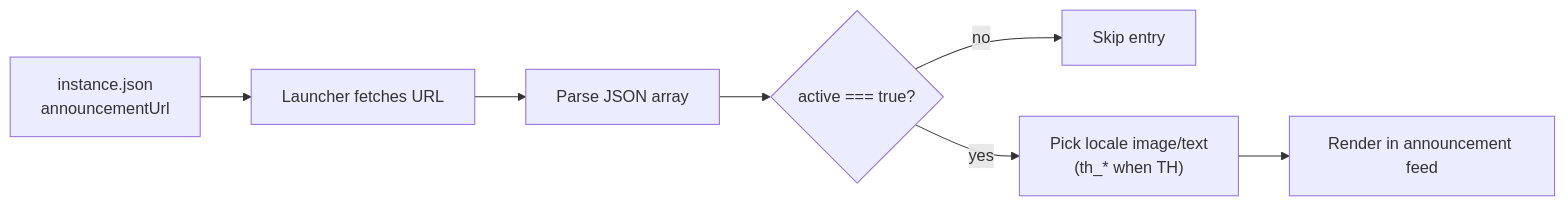
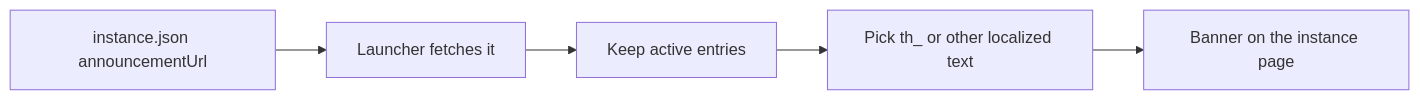
Before and after one commit to alice-magic/wiki: the diagram in en/neko-launcher/announcement-instance.md, drawn with Mermaid. The commit also changed other lines of this file and 43 other files, not shown here.

````diff
--- a/en/neko-launcher/announcement-instance.md
+++ b/en/neko-launcher/announcement-instance.md
@@ -13,9 +11,7 @@
 ```mermaid
 flowchart LR
-  A["instance.json<br/>announcementUrl"] --> B["Launcher fetches URL"]
-  B --> C["Parse JSON array"]
-  C --> D{"active === true?"}
-  D -- "no" --> E["Skip entry"]
-  D -- "yes" --> F["Pick locale image/text<br/>(th_* when TH)"]
-  F --> G["Render in announcement feed"]
+  A[instance.json announcementUrl] --> B[Launcher fetches it]
+  B --> C[Keep active entries]
+  C --> D[Pick th_ or other localized text]
+  D --> E[Banner on the instance page]
 ```
````
